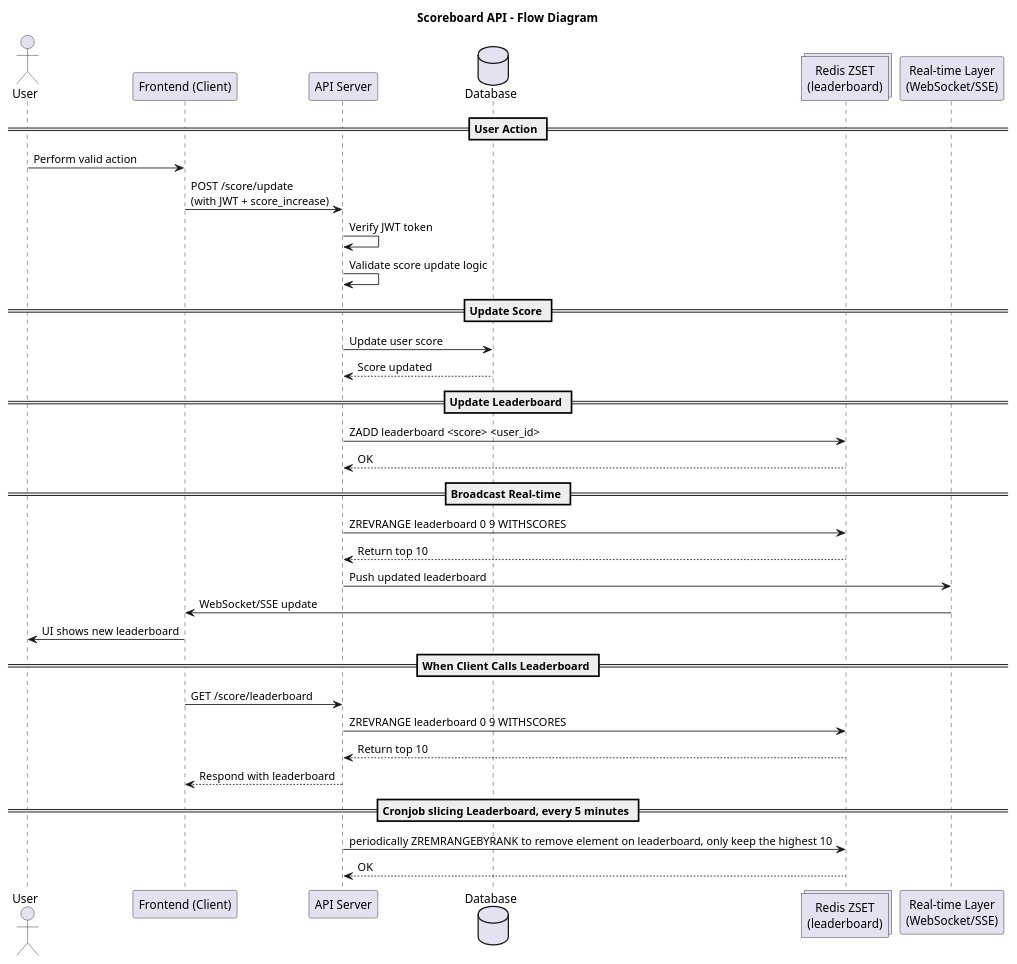
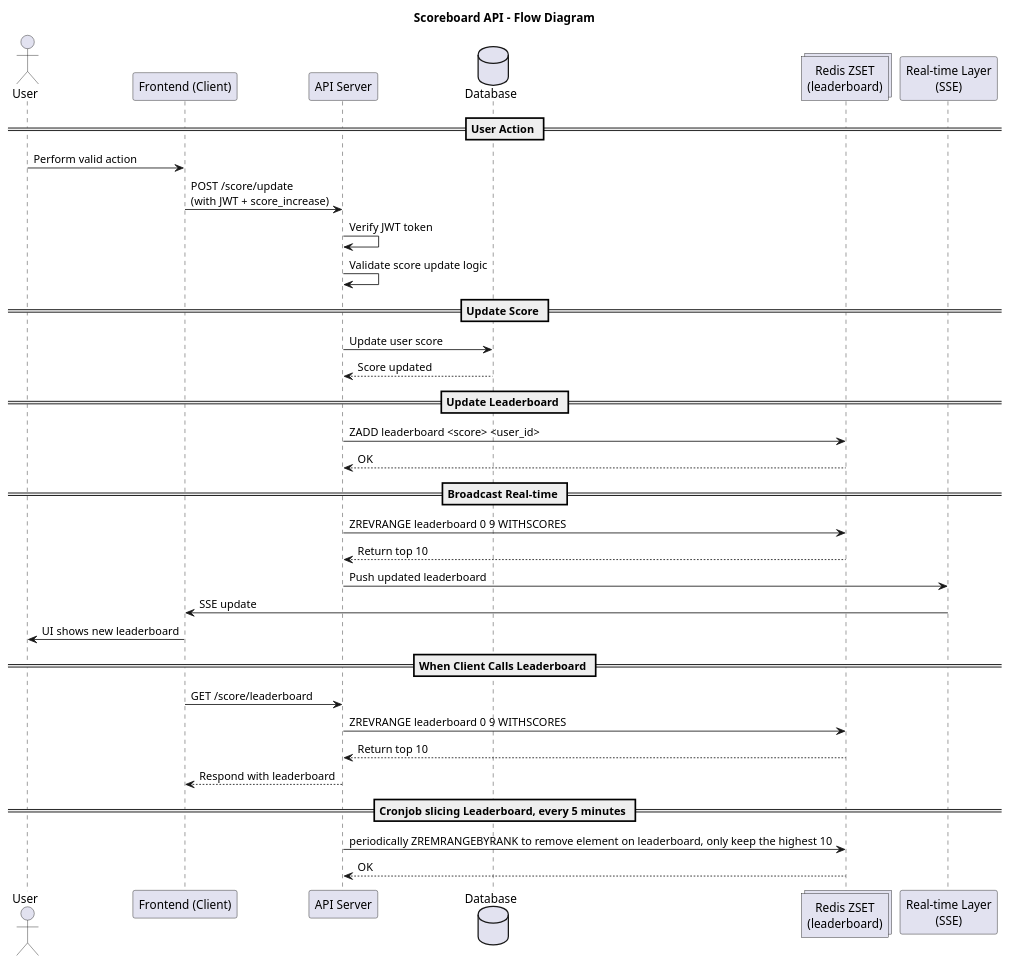
One commit to maivantuyen588-pixel/architecture changed the diagram in diagram.puml. Above: the diagram before and after it, drawn with PlantUML. The commit also changed 1 other file, not shown here.

```diff
--- a/diagram.puml
+++ b/diagram.puml
@@ -1,48 +1,48 @@
 @startuml ScoreboardFlowWithZSet
 
 title Scoreboard API - Flow Diagram 
 
 actor User
 participant "Frontend (Client)" as Frontend
 participant "API Server" as APIServer
 database "Database" as DB
 collections "Redis ZSET\n(leaderboard)" as Redis
-participant "Real-time Layer\n(WebSocket/SSE)" as Realtime
+participant "Real-time Layer\n(SSE)" as Realtime
 
 == User Action ==
 
 User -> Frontend : Perform valid action
 Frontend -> APIServer : POST /score/update\n(with JWT + score_increase)
 APIServer -> APIServer : Verify JWT token
 APIServer -> APIServer : Validate score update logic
 
 == Update Score ==
 
 APIServer -> DB : Update user score
 DB --> APIServer : Score updated
 
 == Update Leaderboard ==
 
 APIServer -> Redis : ZADD leaderboard <score> <user_id>
 Redis --> APIServer : OK
 
 == Broadcast Real-time ==
 
 APIServer -> Redis : ZREVRANGE leaderboard 0 9 WITHSCORES
 Redis --> APIServer : Return top 10
 APIServer -> Realtime : Push updated leaderboard
-Realtime -> Frontend : WebSocket/SSE update
+Realtime -> Frontend : SSE update
 Frontend -> User : UI shows new leaderboard
 
 == When Client Calls Leaderboard ==
 
 Frontend -> APIServer : GET /score/leaderboard
 APIServer -> Redis : ZREVRANGE leaderboard 0 9 WITHSCORES
 Redis --> APIServer : Return top 10
 APIServer --> Frontend : Respond with leaderboard
 
 == Cronjob slicing Leaderboard, every 5 minutes ==
 APIServer -> Redis : periodically ZREMRANGEBYRANK to remove element on leaderboard, only keep the highest 10
 return OK
 
 @enduml
```
